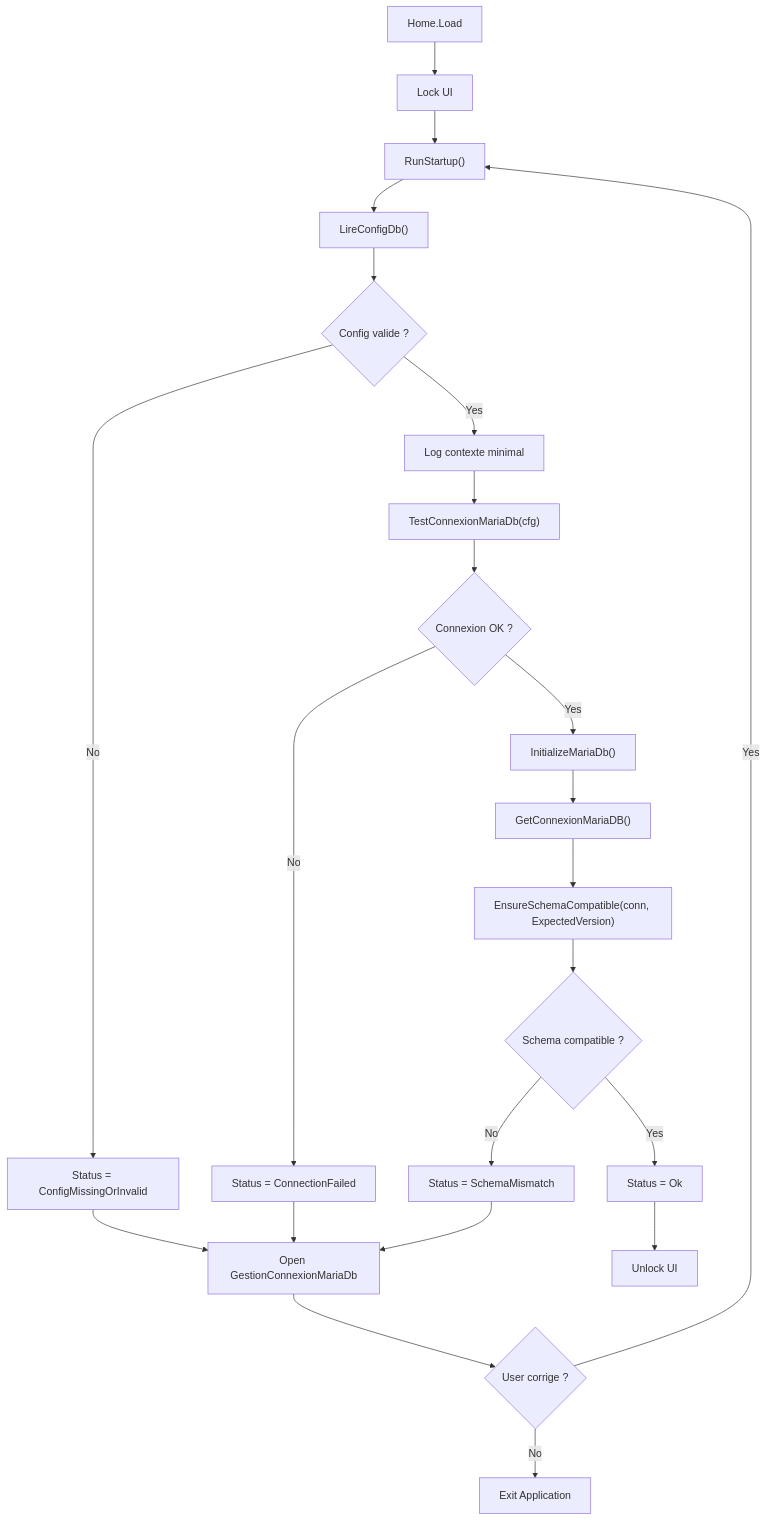
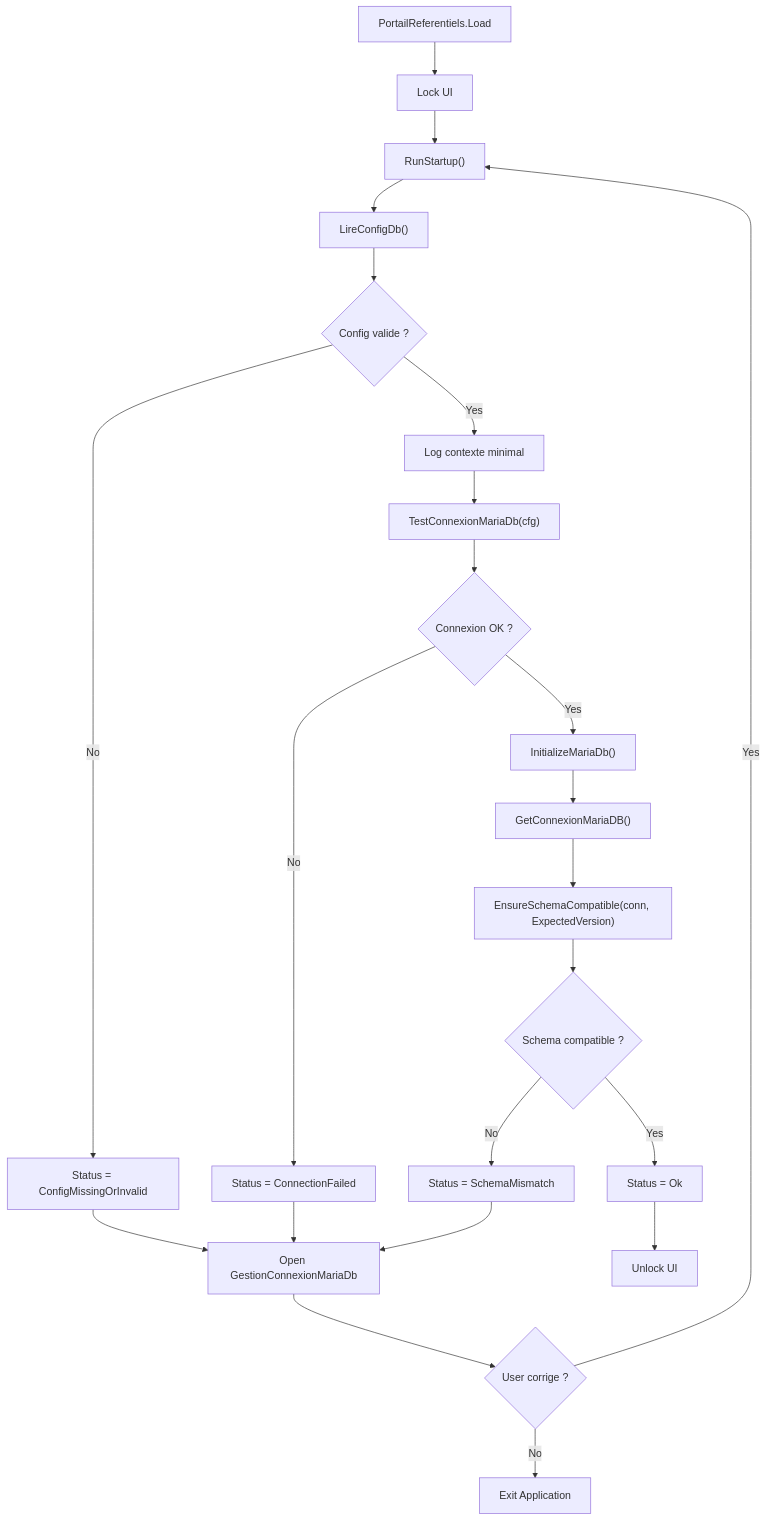
One commit to Les-Artefacts-de-Manou/Artefact changed the first of 7 diagrams in Docs/Process_Artefact.md. Above: the diagram before and after it, drawn with Mermaid. The commit also changed other lines of this file and 211 other files, not shown here.

````diff
--- a/Docs/Process_Artefact.md
+++ b/Docs/Process_Artefact.md
@@ -106,33 +121,33 @@
 ```mermaid
 flowchart TD
-     A["Home.Load"] --> B["Lock UI"]
-    B --> C["RunStartup()"]
+	 A["PortailReferentiels.Load"] --> B["Lock UI"]
+	B --> C["RunStartup()"]
 
-    C --> D["LireConfigDb()"]
-    D --> E{"Config valide ?"}
-    E -- No --> R1["Status = ConfigMissingOrInvalid"]
-    E -- Yes --> F["Log contexte minimal"]
+	C --> D["LireConfigDb()"]
+	D --> E{"Config valide ?"}
+	E -- No --> R1["Status = ConfigMissingOrInvalid"]
+	E -- Yes --> F["Log contexte minimal"]
 
-    F --> G["TestConnexionMariaDb(cfg)"]
-    G --> H{"Connexion OK ?"}
-    H -- No --> R2["Status = ConnectionFailed"]
+	F --> G["TestConnexionMariaDb(cfg)"]
+	G --> H{"Connexion OK ?"}
+	H -- No --> R2["Status = ConnectionFailed"]
 
-    H -- Yes --> I["InitializeMariaDb()"]
-    I --> J["GetConnexionMariaDB()"]
+	H -- Yes --> I["InitializeMariaDb()"]
+	I --> J["GetConnexionMariaDB()"]
 
-    J --> K["EnsureSchemaCompatible(conn, ExpectedVersion)"]
-    K --> L{"Schema compatible ?"}
-    L -- No --> R3["Status = SchemaMismatch"]
+	J --> K["EnsureSchemaCompatible(conn, ExpectedVersion)"]
+	K --> L{"Schema compatible ?"}
+	L -- No --> R3["Status = SchemaMismatch"]
 
-    L -- Yes --> M["Status = Ok"]
+	L -- Yes --> M["Status = Ok"]
 
-    R1 --> U["Open GestionConnexionMariaDb"]
-    R2 --> U
-    R3 --> U
+	R1 --> U["Open GestionConnexionMariaDb"]
+	R2 --> U
+	R3 --> U
 
-    U --> V{"User corrige ?"}
-    V -- No --> X["Exit Application"]
-    V -- Yes --> C
+	U --> V{"User corrige ?"}
+	V -- No --> X["Exit Application"]
+	V -- Yes --> C
 
-    M --> Y["Unlock UI"]
+	M --> Y["Unlock UI"]
 ```
````
